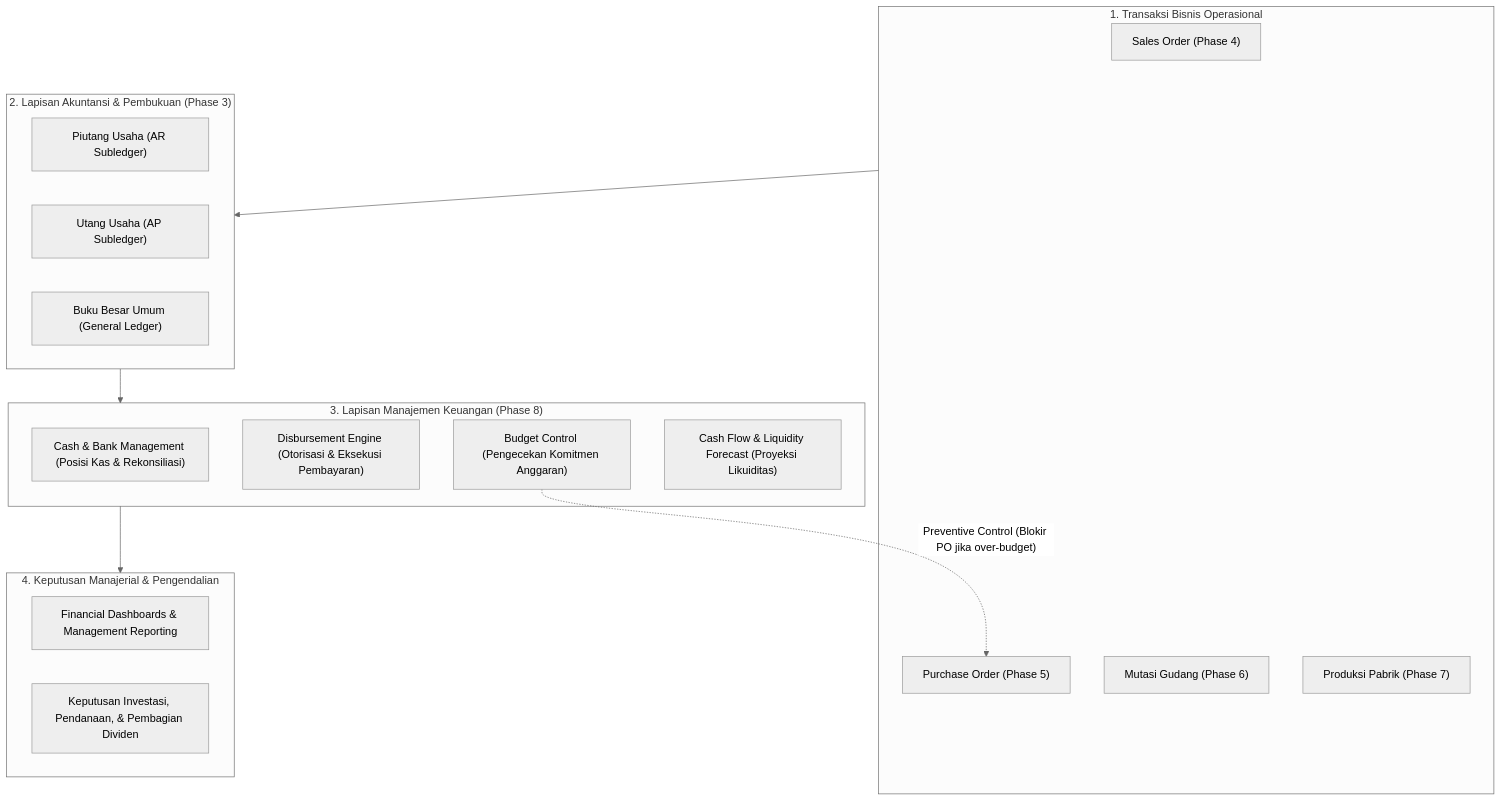
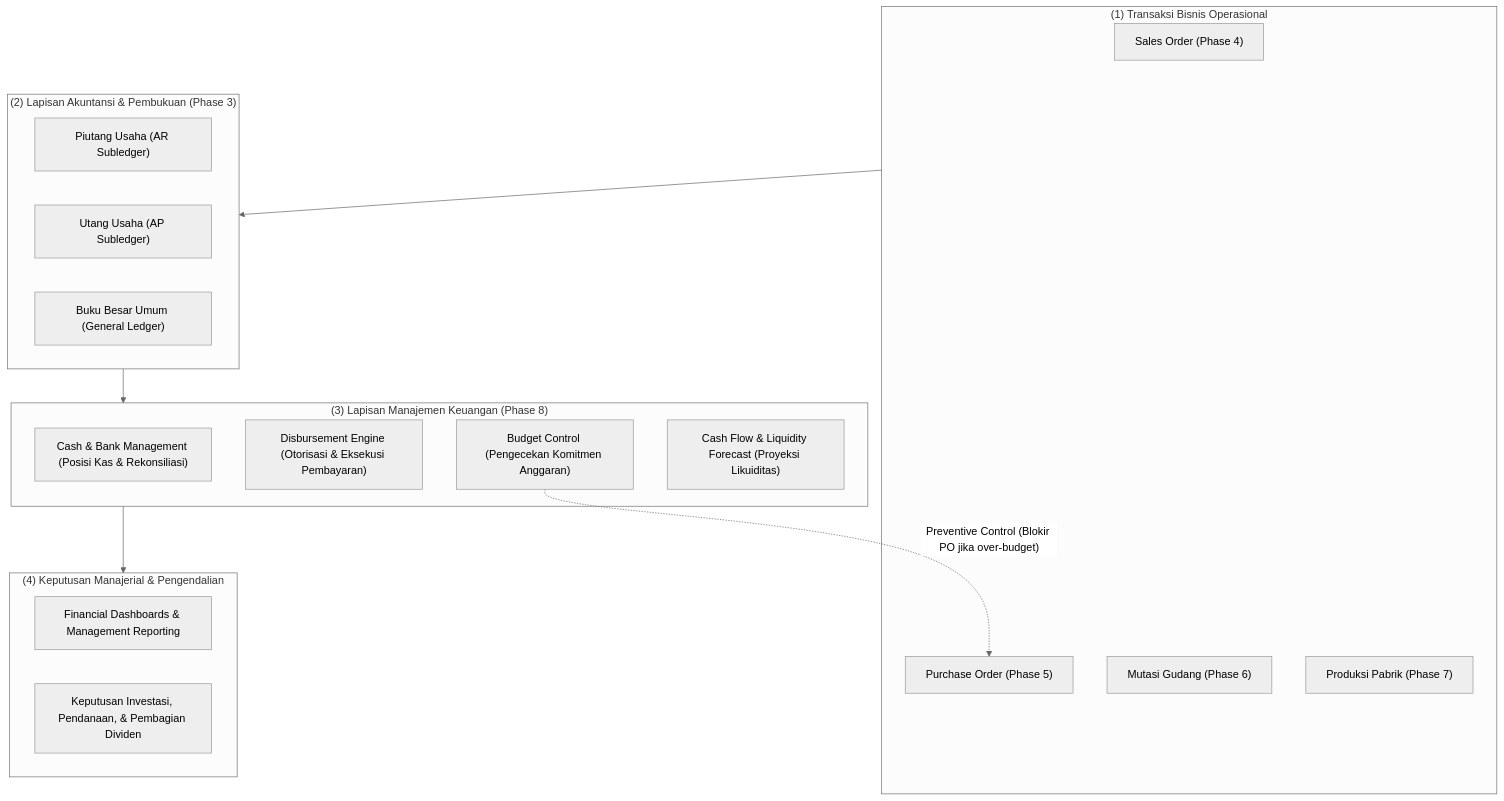
One commit to alimurrofid/erp-notes changed the second of 2 diagrams in content/07-finance/finance-fundamentals.md. Above: the diagram before and after it, drawn with Mermaid (neutral theme). The commit also changed other lines of this file and 132 other files, not shown here.

````diff
--- a/content/07-finance/finance-fundamentals.md
+++ b/content/07-finance/finance-fundamentals.md
@@ -64,33 +64,33 @@
 ```mermaid
 flowchart TD
-    subgraph Ops["1. Transaksi Bisnis Operasional"]
+    subgraph Ops["(1) Transaksi Bisnis Operasional"]
         SO["Sales Order (Phase 4)"]
         PO["Purchase Order (Phase 5)"]
         INV["Mutasi Gudang (Phase 6)"]
         MO["Produksi Pabrik (Phase 7)"]
     end
 
-    subgraph Acc["2. Lapisan Akuntansi & Pembukuan (Phase 3)"]
+    subgraph Acc["(2) Lapisan Akuntansi & Pembukuan (Phase 3)"]
         AR["Piutang Usaha (AR Subledger)"]
         AP["Utang Usaha (AP Subledger)"]
         GL["Buku Besar Umum (General Ledger)"]
     end
 
-    subgraph Fin["3. Lapisan Manajemen Keuangan (Phase 8)"]
+    subgraph Fin["(3) Lapisan Manajemen Keuangan (Phase 8)"]
         CashMgr["Cash & Bank Management (Posisi Kas & Rekonsiliasi)"]
         PayRun["Disbursement Engine (Otorisasi & Eksekusi Pembayaran)"]
         Budget["Budget Control (Pengecekan Komitmen Anggaran)"]
         Forecast["Cash Flow & Liquidity Forecast (Proyeksi Likuiditas)"]
     end
 
-    subgraph Exec["4. Keputusan Manajerial & Pengendalian"]
+    subgraph Exec["(4) Keputusan Manajerial & Pengendalian"]
         Dash["Financial Dashboards & Management Reporting"]
         Decide["Keputusan Investasi, Pendanaan, & Pembagian Dividen"]
     end
 
     Ops --> Acc
     Acc --> Fin
     Fin --> Exec
     
     Budget -.->|"Preventive Control (Blokir PO jika over-budget)"| PO
 ```
````
